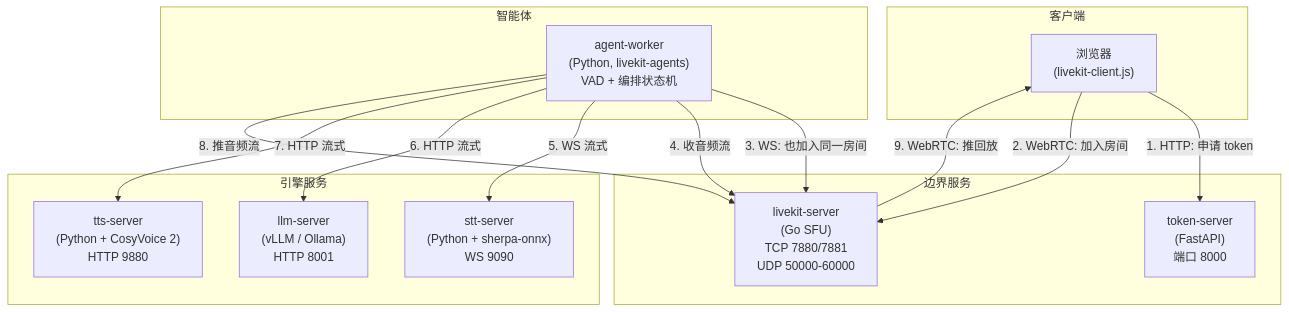
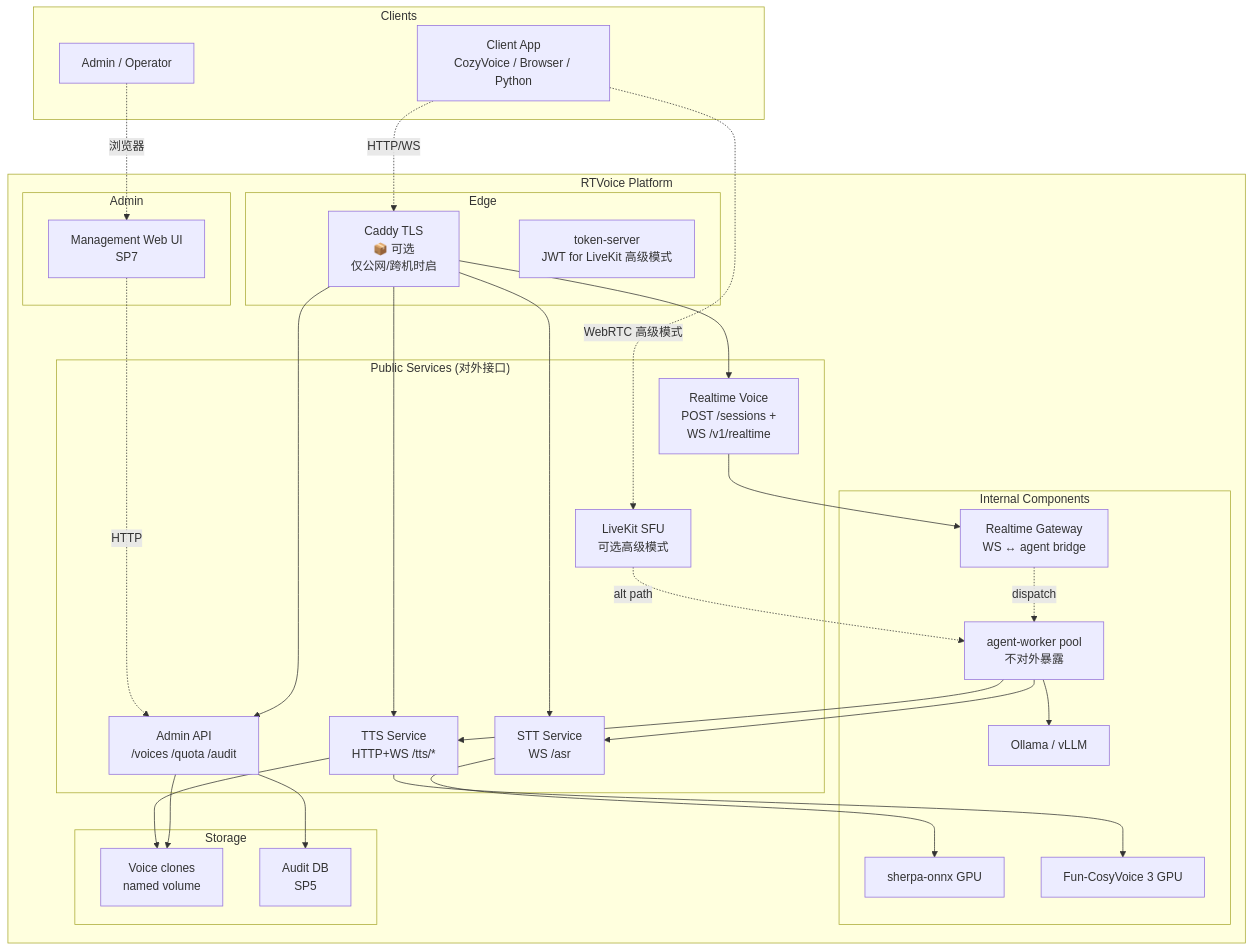
One commit to zinohome/RTVoice changed the first of 5 diagrams in ARCHITECTURE.md. Above: the diagram before and after it, drawn with Mermaid. The commit also changed other lines of this file and 1 other file, not shown here.

First line of the commit message:
docs(ARCHITECTURE): 重写为 platform-first 7 章节结构 (SP1)

````diff
--- a/ARCHITECTURE.md
+++ b/ARCHITECTURE.md
@@ -36,31 +12,55 @@
 ```mermaid
 graph TB
-    subgraph 客户端
-        Browser["浏览器<br/>(livekit-client.js)"]
+    subgraph "Clients"
+        APP[Client App<br/>CozyVoice / Browser / Python]
+        OP[Admin / Operator]
     end
 
-    subgraph 边界服务
-        TokenSrv["token-server<br/>(FastAPI)<br/>端口 8000"]
-        LK["livekit-server<br/>(Go SFU)<br/>TCP 7880/7881<br/>UDP 50000-60000"]
+    subgraph "RTVoice Platform"
+        subgraph "Edge"
+            CADDY[Caddy TLS<br/>📦 可选<br/>仅公网/跨机时启]
+            TS[token-server<br/>JWT for LiveKit 高级模式]
+        end
+
+        subgraph "Public Services (对外接口)"
+            STT[STT Service<br/>WS /asr]
+            TTS[TTS Service<br/>HTTP+WS /tts/*]
+            RTV[Realtime Voice<br/>POST /sessions +<br/>WS /v1/realtime]
+            LK[LiveKit SFU<br/>可选高级模式]
+            ADM[Admin API<br/>/voices /quota /audit]
+        end
+
+        subgraph "Admin"
+            WEB[Management Web UI<br/>SP7]
+        end
+
+        subgraph "Internal Components"
+            GW[Realtime Gateway<br/>WS ↔ agent bridge]
+            AW[agent-worker pool<br/>不对外暴露]
+            STTE[sherpa-onnx GPU]
+            TTSE[Fun-CosyVoice 3 GPU]
+            LLM[Ollama / vLLM]
+        end
+
+        subgraph "Storage"
+            VOL[Voice clones<br/>named volume]
+            DB[Audit DB<br/>SP5]
+        end
     end
 
-    subgraph 智能体
-        Agent["agent-worker<br/>(Python, livekit-agents)<br/>VAD + 编排状态机"]
-    end
+    APP -.HTTP/WS.-> CADDY
+    APP -. WebRTC 高级模式.-> LK
+    OP -.浏览器.-> WEB
+    WEB -.HTTP.-> ADM
 
-    subgraph 引擎服务
-        STT["stt-server<br/>(Python + sherpa-onnx)<br/>WS 9090"]
-        TTS["tts-server<br/>(Python + CosyVoice 2)<br/>HTTP 9880"]
-        LLM["llm-server<br/>(vLLM / Ollama)<br/>HTTP 8001"]
-    end
-
-    Browser -- "1. HTTP: 申请 token" --> TokenSrv
-    Browser -- "2. WebRTC: 加入房间" --> LK
-    Agent -- "3. WS: 也加入同一房间" --> LK
-    Agent -- "4. 收音频流" --> LK
-    Agent -- "5. WS 流式" --> STT
-    Agent -- "6. HTTP 流式" --> LLM
-    Agent -- "7. HTTP 流式" --> TTS
-    Agent -- "8. 推音频流" --> LK
-    LK -- "9. WebRTC: 推回放" --> Browser
+    CADDY --> STT & TTS & RTV & ADM
+    RTV --> GW
+    GW -.dispatch.-> AW
+    LK -.alt path.-> AW
+    AW --> STT & TTS & LLM
+    STT --> STTE
+    TTS --> TTSE
+    TTS --> VOL
+    ADM --> VOL
+    ADM --> DB
 ```
````
